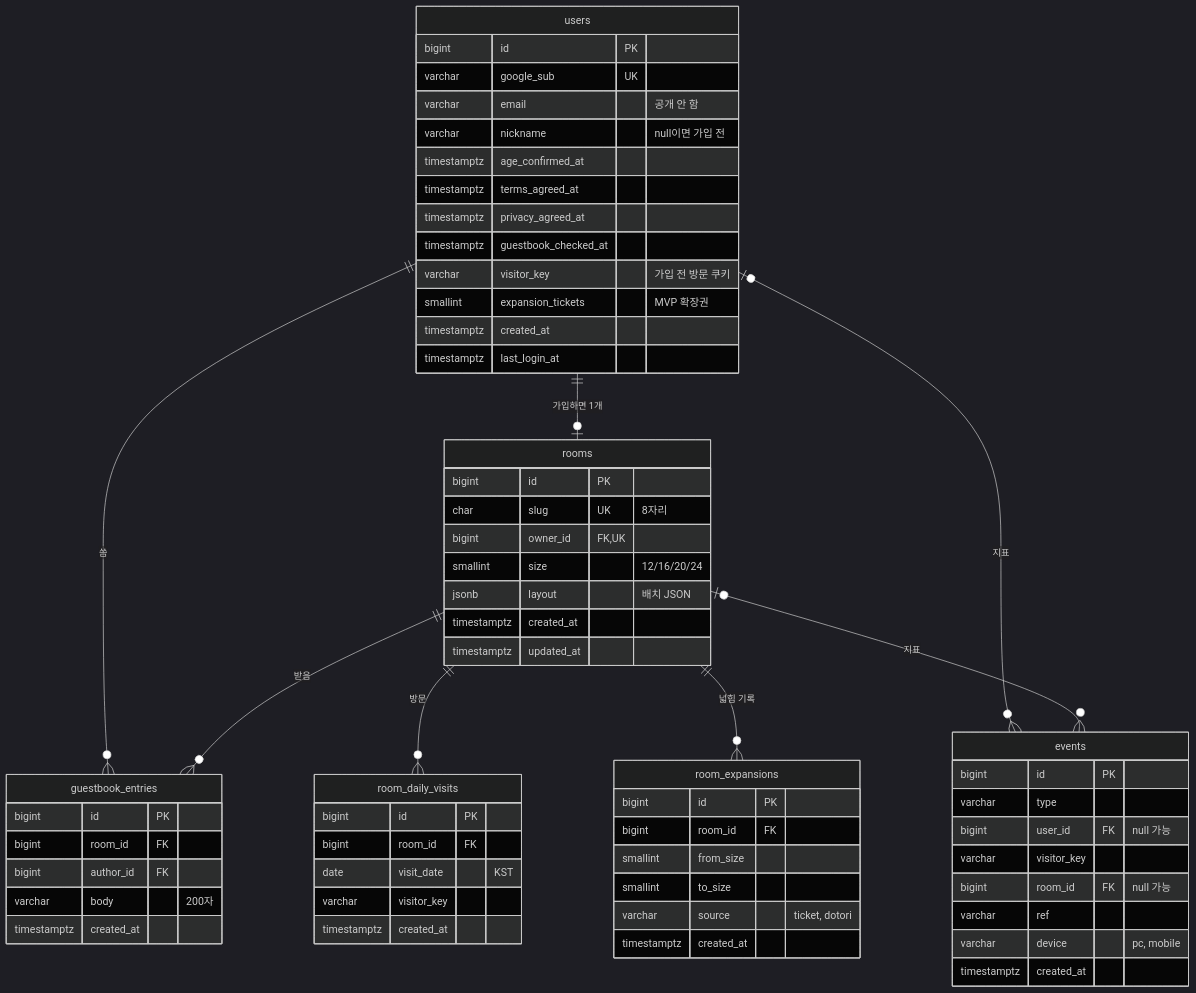
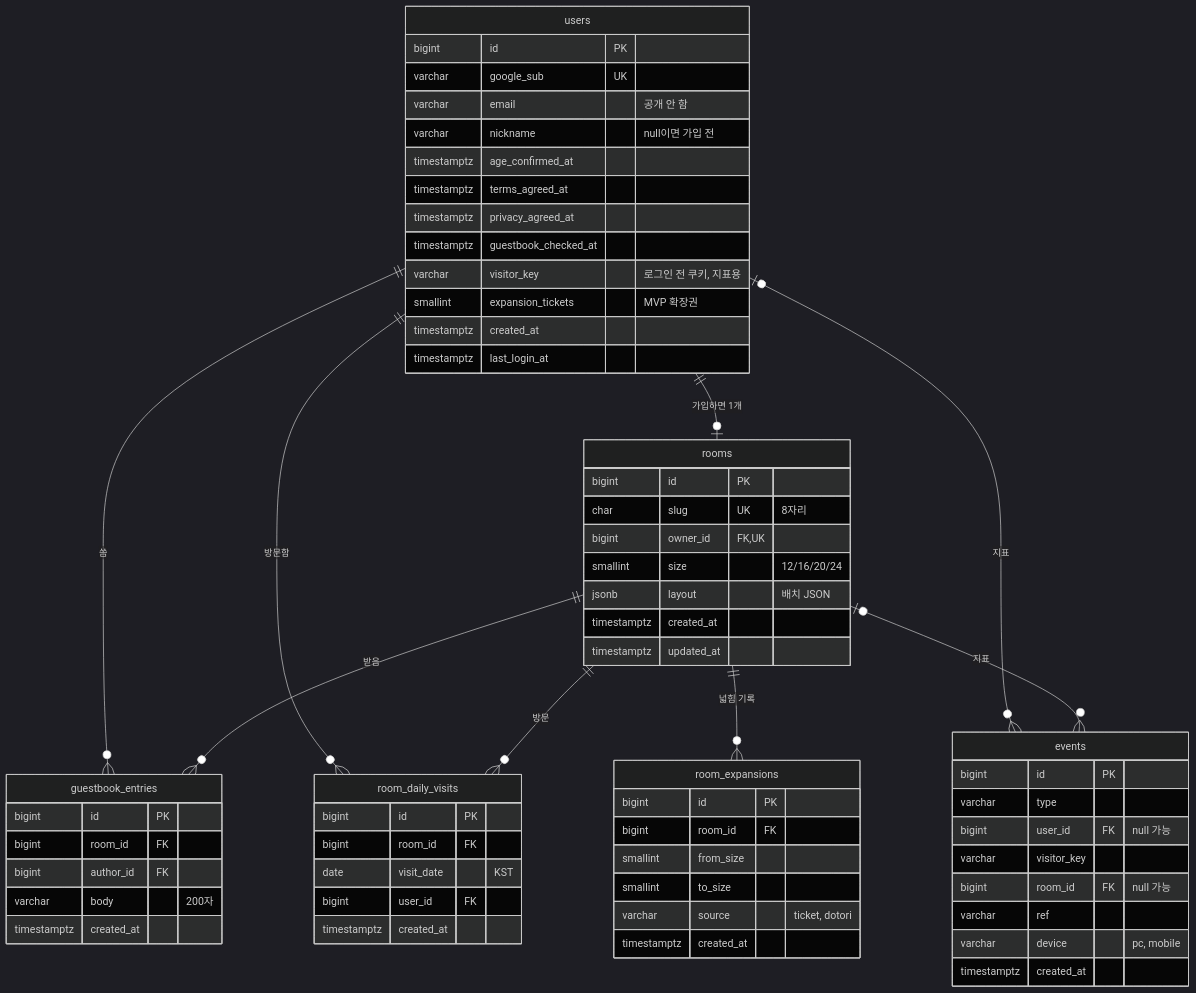
Before and after one commit to MyeongHyeonCheol/miniroom: the diagram in docs/erd.md, drawn with Mermaid (dark theme). The commit also changed other lines of this file and 6 other files, not shown here.

````diff
--- a/docs/erd.md
+++ b/docs/erd.md
@@ -11,66 +11,67 @@
 ```mermaid
 erDiagram
   users ||--o| rooms : "가입하면 1개"
   users ||--o{ guestbook_entries : "씀"
+  users ||--o{ room_daily_visits : "방문함"
   rooms ||--o{ guestbook_entries : "받음"
   rooms ||--o{ room_daily_visits : "방문"
   rooms ||--o{ room_expansions : "넓힘 기록"
   users |o--o{ events : "지표"
   rooms |o--o{ events : "지표"
 
   users {
     bigint id PK
     varchar google_sub UK
     varchar email "공개 안 함"
     varchar nickname "null이면 가입 전"
     timestamptz age_confirmed_at
     timestamptz terms_agreed_at
     timestamptz privacy_agreed_at
     timestamptz guestbook_checked_at
-    varchar visitor_key "가입 전 방문 쿠키"
+    varchar visitor_key "로그인 전 쿠키, 지표용"
     smallint expansion_tickets "MVP 확장권"
     timestamptz created_at
     timestamptz last_login_at
   }
   rooms {
     bigint id PK
     char slug UK "8자리"
     bigint owner_id FK,UK
     smallint size "12/16/20/24"
     jsonb layout "배치 JSON"
     timestamptz created_at
     timestamptz updated_at
   }
   guestbook_entries {
     bigint id PK
     bigint room_id FK
     bigint author_id FK
     varchar body "200자"
     timestamptz created_at
   }
   room_daily_visits {
     bigint id PK
     bigint room_id FK
     date visit_date "KST"
-    varchar visitor_key
+    bigint user_id FK
     timestamptz created_at
   }
   room_expansions {
     bigint id PK
     bigint room_id FK
     smallint from_size
     smallint to_size
     varchar source "ticket, dotori"
     timestamptz created_at
   }
   events {
     bigint id PK
     varchar type
     bigint user_id FK "null 가능"
     varchar visitor_key
     bigint room_id FK "null 가능"
     varchar ref
     varchar device "pc, mobile"
     timestamptz created_at
   }
 ```
````
